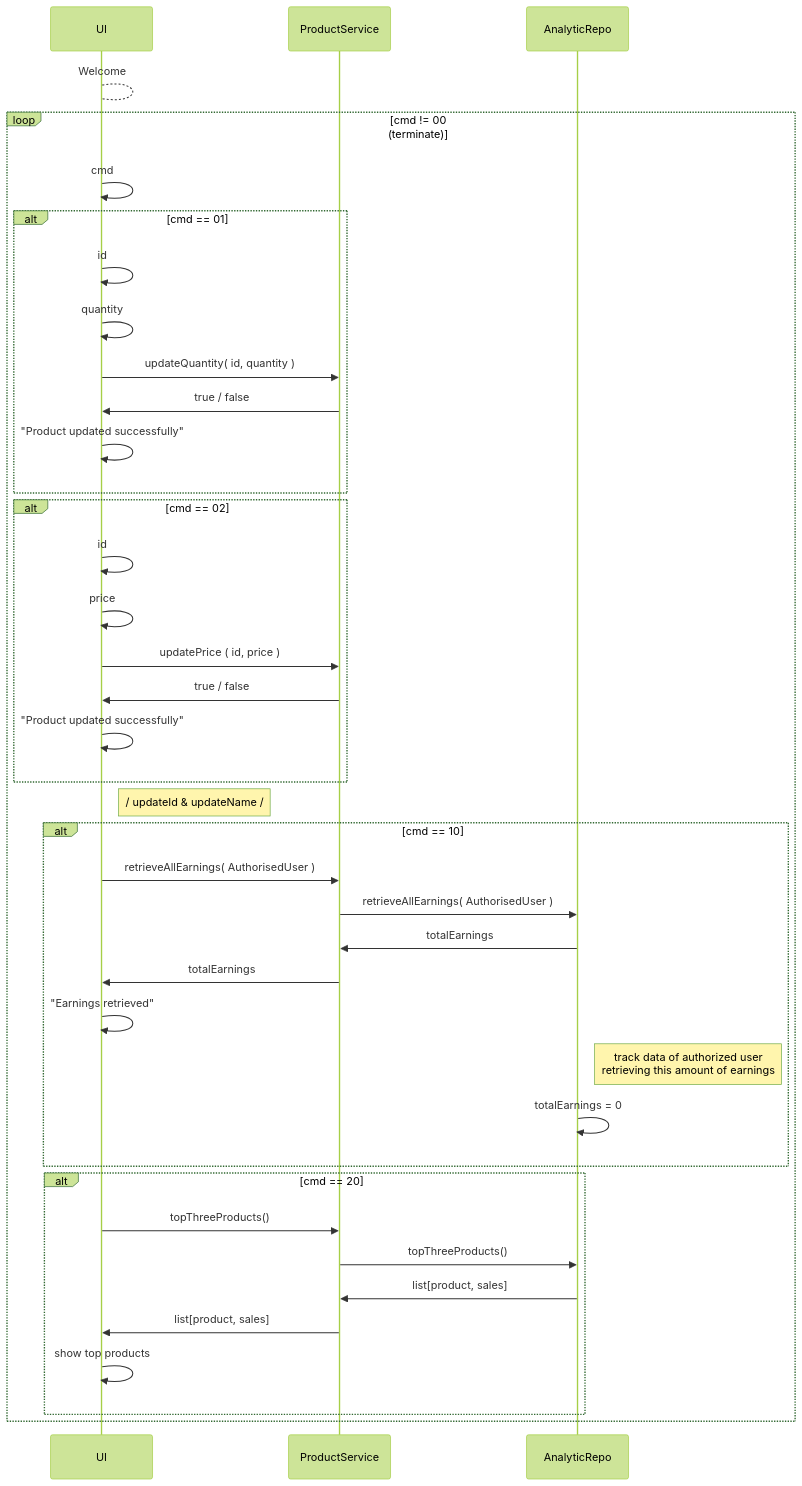
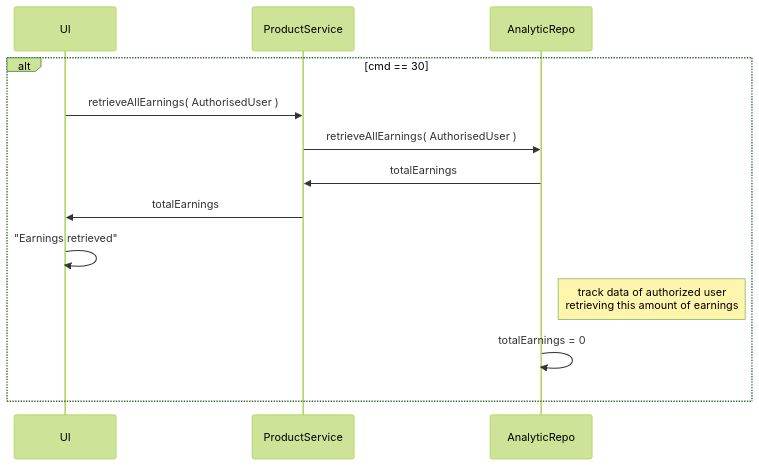
One commit to Apameus/Vending_Machine changed diagram 12 of 13 in README.md. Above: the diagram before and after it, drawn with Mermaid (forest theme). The commit also changed other lines of this file and 1 other file, not shown here.

````diff
--- a/README.md
+++ b/README.md
@@ -135,45 +258,17 @@
 ```mermaid
 sequenceDiagram
-participant UI
-participant PS as ProductService
-participant AR as AnalyticRepo
-        
-UI --> UI: Welcome
-loop cmd != 00 <br> (terminate)
-    UI ->> UI: cmd
-    alt cmd == 01
-        UI ->> UI: id
-        UI ->> UI: quantity
-        UI ->> PS: updateQuantity( id, quantity )
-        PS ->> UI: true / false
-        UI ->> UI: "Product updated successfully"
-    end
-    alt cmd == 02
-        UI ->> UI: id
-        UI ->> UI: price
-        UI ->> PS: updatePrice ( id, price )
-        PS ->> UI: true / false
-        UI ->> UI: "Product updated successfully"
-    end
-        
-    Note right of UI: / updateId & updateName /
-        
-    alt cmd == 10
+    participant UI
+    participant PS as ProductService
+    participant AR as AnalyticRepo
+
+
+    alt cmd == 30
         UI ->> PS: retrieveAllEarnings( AuthorisedUser )
         PS ->> AR: retrieveAllEarnings( AuthorisedUser )
         AR ->> PS: totalEarnings
         PS ->> UI: totalEarnings
         UI ->> UI: "Earnings retrieved"
-        Note right of AR: track data of authorized user <br> retrieving this amount of earnings 
+        Note right of AR: track data of authorized user <br> retrieving this amount of earnings
         AR ->> AR: totalEarnings = 0
     end
-        
-    alt cmd == 20
-            UI ->> PS: topThreeProducts()
-            PS ->> AR: topThreeProducts()
-            AR ->> PS: list[product, sales]
-            PS ->> UI: list[product, sales]
-            UI ->> UI: show top products
-    end
-end
 ```
````
